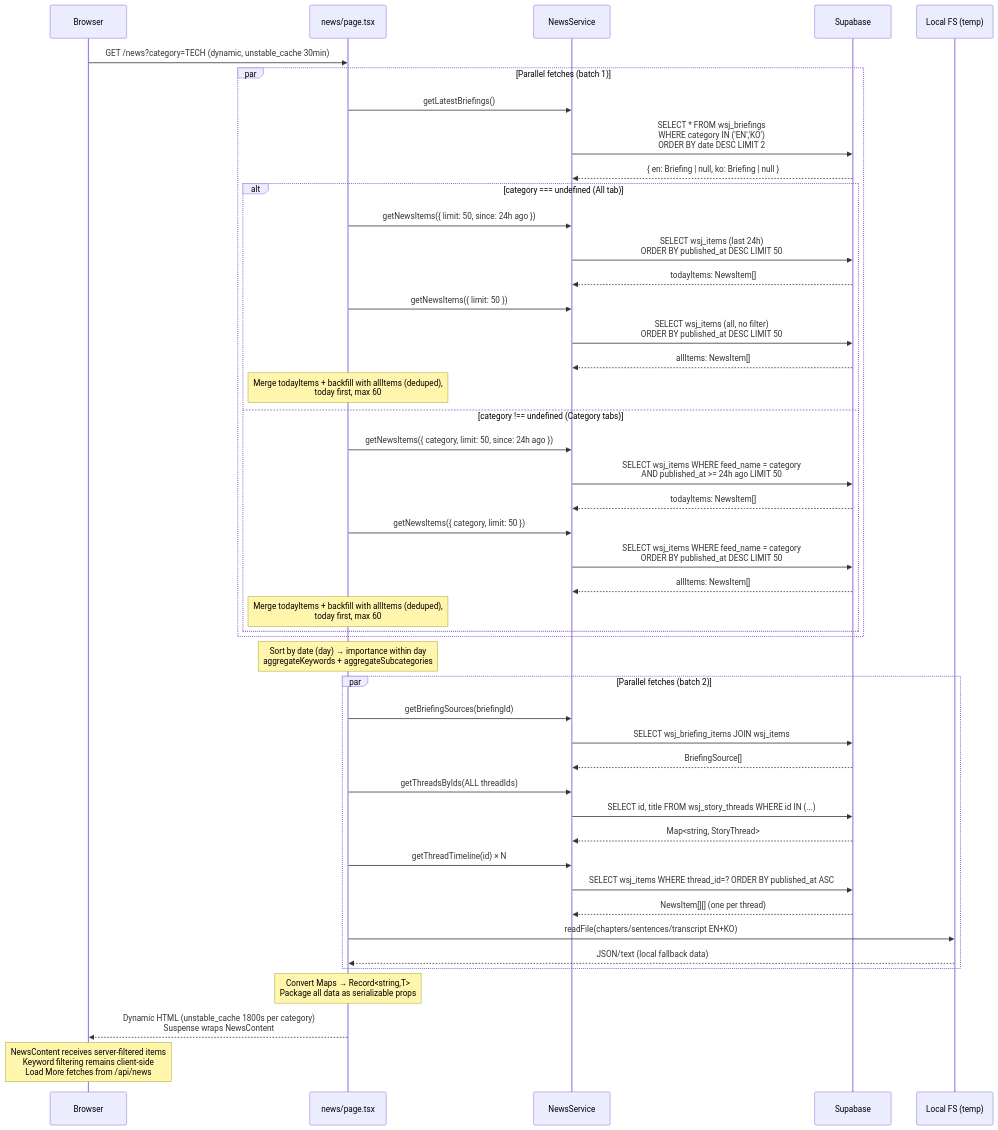
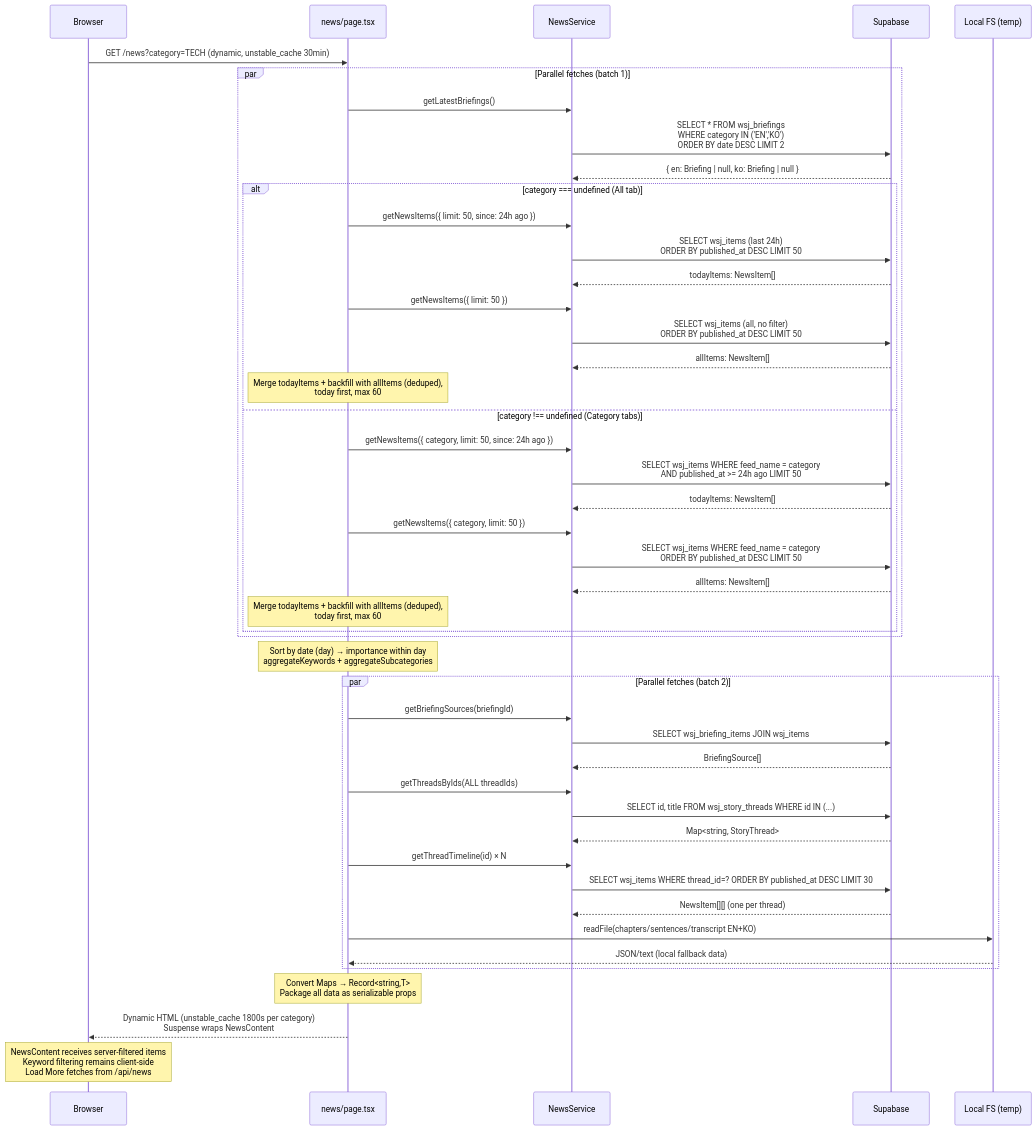
The third of 6 diagrams in docs/2-news-frontend.md (choym92/araverus), drawn with Mermaid before and after one commit. The commit also changed other lines of this file and 13 other files, not shown here.

````diff
--- a/docs/2-news-frontend.md
+++ b/docs/2-news-frontend.md
@@ -181,58 +181,58 @@
 ```mermaid
 sequenceDiagram
     participant Browser
     participant Page as news/page.tsx
     participant Svc as NewsService
     participant DB as Supabase
     participant FS as Local FS (temp)
 
     Browser->>Page: GET /news?category=TECH (dynamic, unstable_cache 30min)
 
     par Parallel fetches (batch 1)
         Page->>Svc: getLatestBriefings()
         Svc->>DB: SELECT * FROM wsj_briefings<br/>WHERE category IN ('EN','KO')<br/>ORDER BY date DESC LIMIT 2
         DB-->>Svc: { en: Briefing | null, ko: Briefing | null }
 
         alt category === undefined (All tab)
             Page->>Svc: getNewsItems({ limit: 50, since: 24h ago })
             Svc->>DB: SELECT wsj_items (last 24h)<br/>ORDER BY published_at DESC LIMIT 50
             DB-->>Svc: todayItems: NewsItem[]
             Page->>Svc: getNewsItems({ limit: 50 })
             Svc->>DB: SELECT wsj_items (all, no filter)<br/>ORDER BY published_at DESC LIMIT 50
             DB-->>Svc: allItems: NewsItem[]
             Note over Page: Merge todayItems + backfill with allItems (deduped),<br/>today first, max 60
         else category !== undefined (Category tabs)
             Page->>Svc: getNewsItems({ category, limit: 50, since: 24h ago })
             Svc->>DB: SELECT wsj_items WHERE feed_name = category<br/>AND published_at >= 24h ago LIMIT 50
             DB-->>Svc: todayItems: NewsItem[]
             Page->>Svc: getNewsItems({ category, limit: 50 })
             Svc->>DB: SELECT wsj_items WHERE feed_name = category<br/>ORDER BY published_at DESC LIMIT 50
             DB-->>Svc: allItems: NewsItem[]
             Note over Page: Merge todayItems + backfill with allItems (deduped),<br/>today first, max 60
         end
     end
 
     Note over Page: Sort by date (day) → importance within day<br/>aggregateKeywords + aggregateSubcategories
 
     par Parallel fetches (batch 2)
         Page->>Svc: getBriefingSources(briefingId)
         Svc->>DB: SELECT wsj_briefing_items JOIN wsj_items
         DB-->>Svc: BriefingSource[]
 
         Page->>Svc: getThreadsByIds(ALL threadIds)
         Svc->>DB: SELECT id, title FROM wsj_story_threads WHERE id IN (...)
         DB-->>Svc: Map<string, StoryThread>
 
         Page->>Svc: getThreadTimeline(id) × N
-        Svc->>DB: SELECT wsj_items WHERE thread_id=? ORDER BY published_at ASC
+        Svc->>DB: SELECT wsj_items WHERE thread_id=? ORDER BY published_at DESC LIMIT 30
         DB-->>Svc: NewsItem[][] (one per thread)
 
         Page->>FS: readFile(chapters/sentences/transcript EN+KO)
         FS-->>Page: JSON/text (local fallback data)
     end
 
     Note over Page: Convert Maps → Record<string,T><br/>Package all data as serializable props
 
     Page-->>Browser: Dynamic HTML (unstable_cache 1800s per category)<br/>Suspense wraps NewsContent
     Note over Browser: NewsContent receives server-filtered items<br/>Keyword filtering remains client-side<br/>Load More fetches from /api/news
 ```
````
